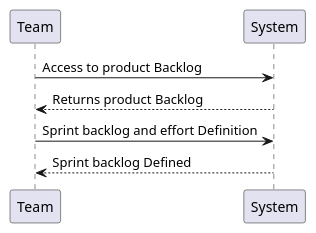
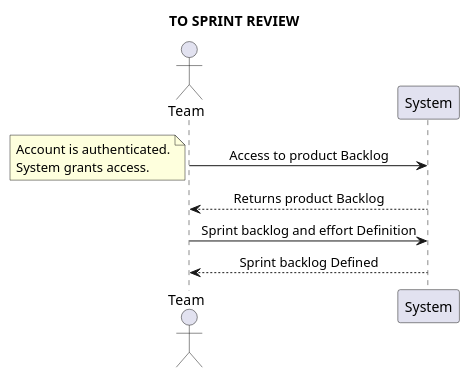
Diagram 16 of 27 in docs/data_model/System_Sequence_Diagram.puml (Loracline/project_switch_22-23), drawn with PlantUML before and after one commit. The commit also changed other lines of this file and 1 other file, not shown here.

Commit message:
US 006: Design: update sequence Diagram (activate a user account) / update SSD

```diff
--- a/docs/data_model/System_Sequence_Diagram.puml
+++ b/docs/data_model/System_Sequence_Diagram.puml
@@ -232,6 +232,13 @@
 @startuml
-Team -> System: Access to product Backlog
-Team <-- System: Returns product Backlog
-Team -> System: Sprint backlog and effort Definition
-Team <-- System: Sprint backlog Defined
+skinparam sequenceMessageAlign center
+title TO SPRINT REVIEW
+actor "Team" as TM
+TM -> System: Access to product Backlog
+note left
+Account is authenticated.
+System grants access.
+end note
+TM <-- System: Returns product Backlog
+TM -> System: Sprint backlog and effort Definition
+TM <-- System: Sprint backlog Defined
 @enduml
```
